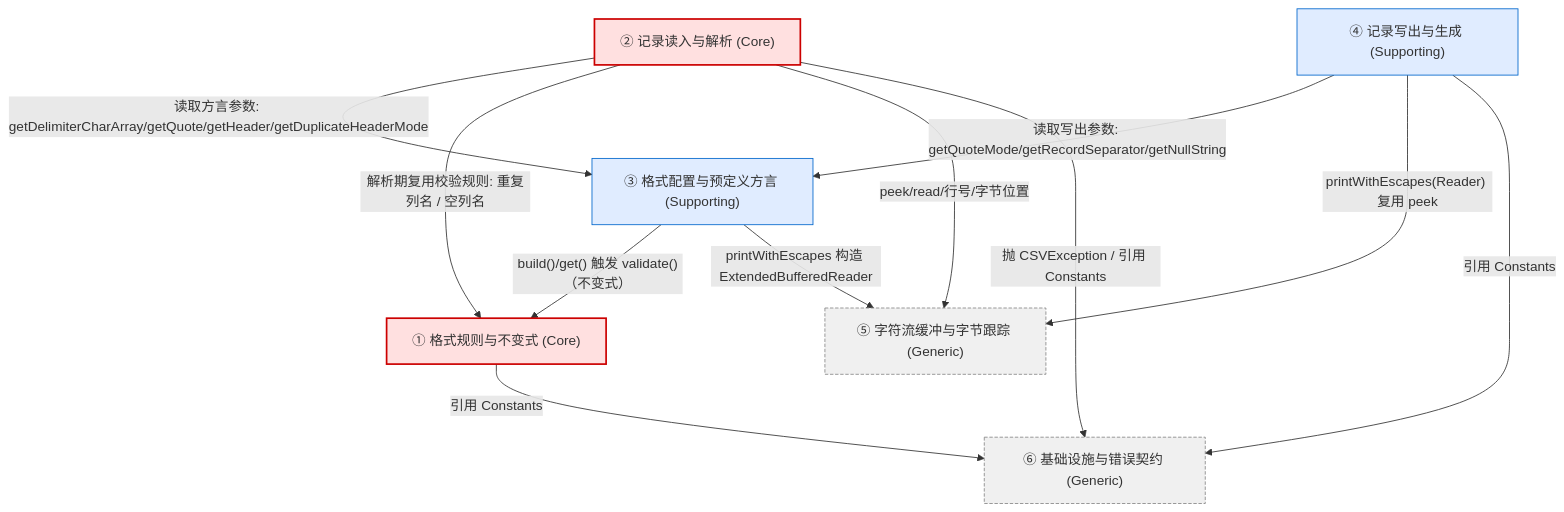
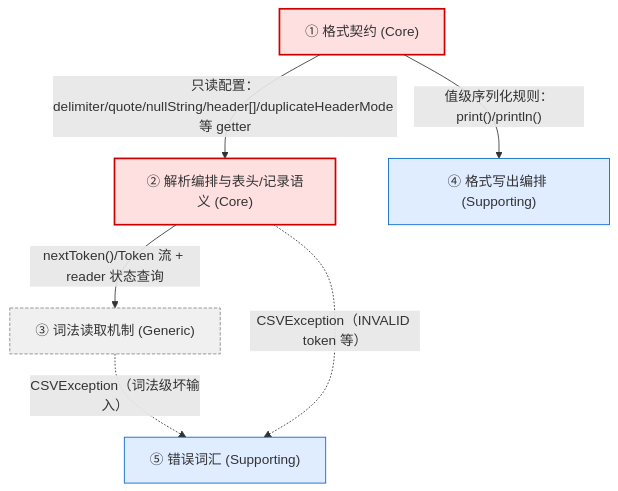
The second of 3 diagrams in ch02/README.md (wubin28/first-pass-trust), drawn with Mermaid before and after one commit. The commit also changed other lines of this file, not shown here.

````diff
--- a/ch02/README.md
+++ b/ch02/README.md
@@ -216,28 +198,22 @@
 ```mermaid
 graph TD
     classDef core fill:#ffe0e0,stroke:#c00,stroke-width:2px;
     classDef supporting fill:#e0ecff,stroke:#06c;
     classDef generic fill:#f0f0f0,stroke:#888,stroke-dasharray:4 2;
 
-    RULES["① 格式规则与不变式 (Core)"]
-    READ["② 记录读入与解析 (Core)"]
-    CONF["③ 格式配置与预定义方言 (Supporting)"]
-    WRITE["④ 记录写出与生成 (Supporting)"]
-    BUF["⑤ 字符流缓冲与字节跟踪 (Generic)"]
-    INFRA["⑥ 基础设施与错误契约 (Generic)"]
+    SD1["① 格式契约 (Core)"]
+    SD2["② 解析编排与表头/记录语义 (Core)"]
+    SD3["③ 词法读取机制 (Generic)"]
+    SD4["④ 格式写出编排 (Supporting)"]
+    SD5["⑤ 错误词汇 (Supporting)"]
 
-    CONF -->|"build()/get() 触发 validate()（不变式）"| RULES
-    READ -->|"读取方言参数: getDelimiterCharArray/getQuote/getHeader/getDuplicateHeaderMode"| CONF
-    READ -->|"解析期复用校验规则: 重复列名 / 空列名"| RULES
-    READ -->|"peek/read/行号/字节位置"| BUF
-    WRITE -->|"读取写出参数: getQuoteMode/getRecordSeparator/getNullString"| CONF
-    WRITE -->|"printWithEscapes(Reader) 复用 peek"| BUF
-    CONF -->|"printWithEscapes 构造 ExtendedBufferedReader"| BUF
-    READ -->|"抛 CSVException / 引用 Constants"| INFRA
-    WRITE -->|"引用 Constants"| INFRA
-    RULES -->|"引用 Constants"| INFRA
+    SD1 -->|"只读配置：delimiter/quote/nullString/header[]/duplicateHeaderMode 等 getter"| SD2
+    SD1 -->|"值级序列化规则：print()/println()"| SD4
+    SD2 -->|"nextToken()/Token 流 + reader 状态查询"| SD3
+    SD3 -.->|"CSVException（词法级坏输入）"| SD5
+    SD2 -.->|"CSVException（INVALID token 等）"| SD5
 
-    class RULES,READ core
-    class CONF,WRITE supporting
-    class BUF,INFRA generic
+    class SD1,SD2 core
+    class SD3 generic
+    class SD4,SD5 supporting
 ```
````
